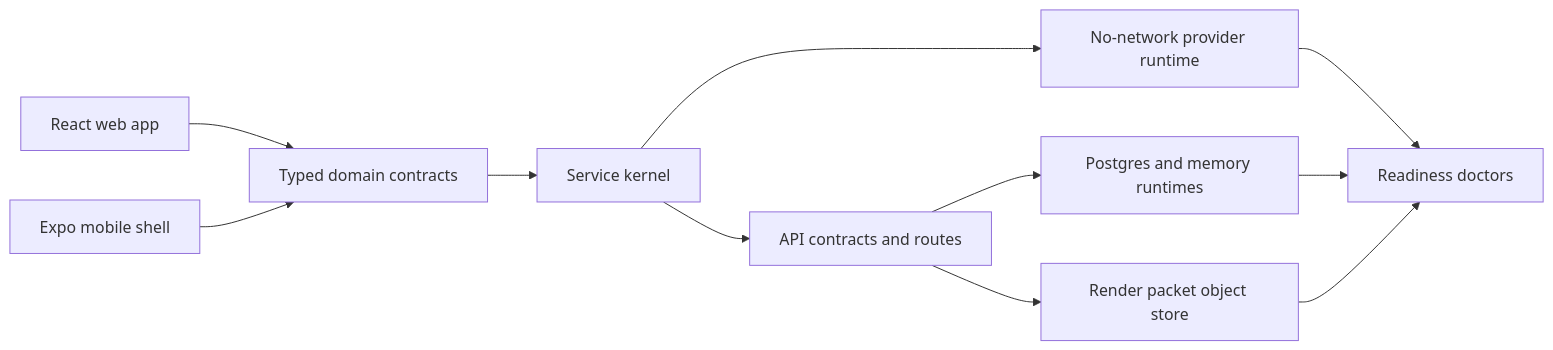
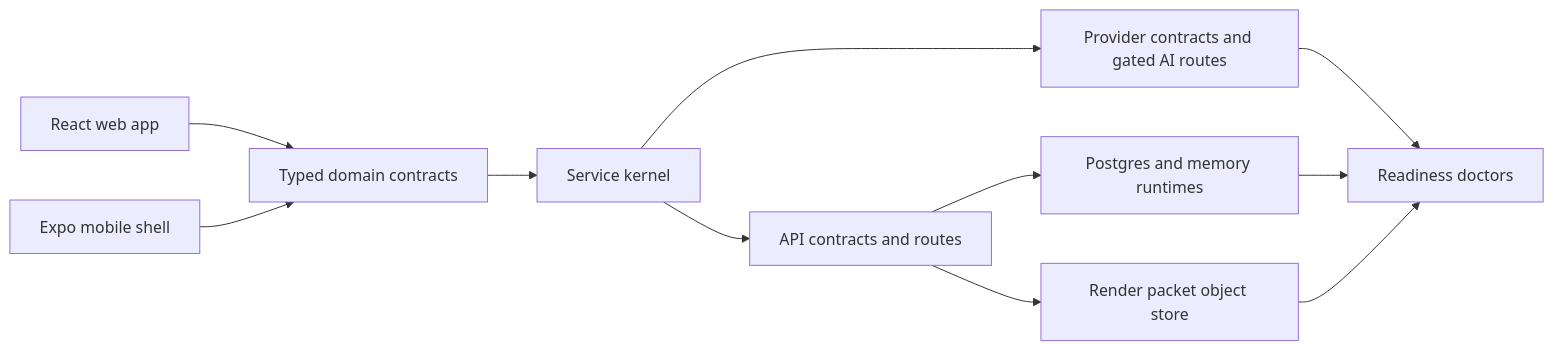
Before and after one commit to abhidya/CustomCard: the diagram in README.md, drawn with Mermaid. The commit also changed other lines of this file and 5 other files, not shown here.

````diff
--- a/README.md
+++ b/README.md
@@ -179,23 +179,23 @@
 ```mermaid
 flowchart LR
   Web["React web app"]
   Mobile["Expo mobile shell"]
   Domain["Typed domain contracts"]
   Kernel["Service kernel"]
   API["API contracts and routes"]
   Persistence["Postgres and memory runtimes"]
   Artifacts["Render packet object store"]
-  Providers["No-network provider runtime"]
+  Providers["Provider contracts and gated AI routes"]
   Doctors["Readiness doctors"]
 
   Web --> Domain
   Mobile --> Domain
   Domain --> Kernel
   Kernel --> API
   API --> Persistence
   API --> Artifacts
   Kernel --> Providers
   Providers --> Doctors
   Persistence --> Doctors
   Artifacts --> Doctors
 ```
````
